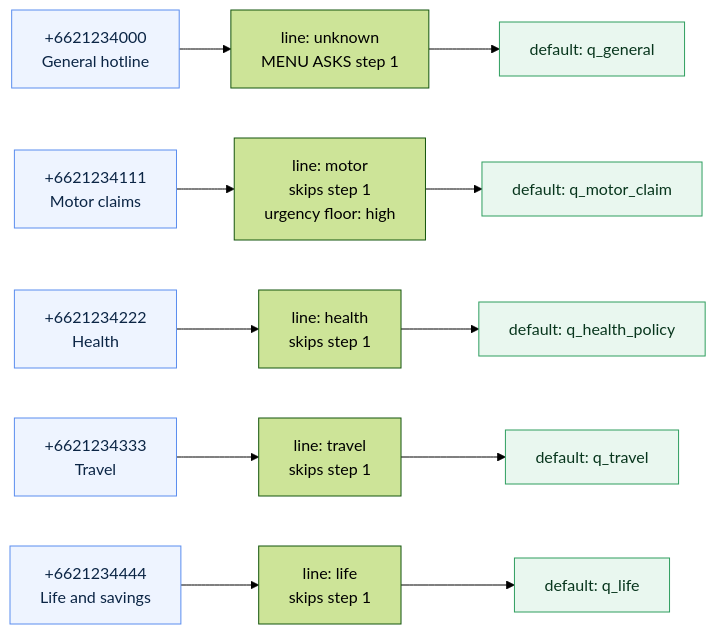
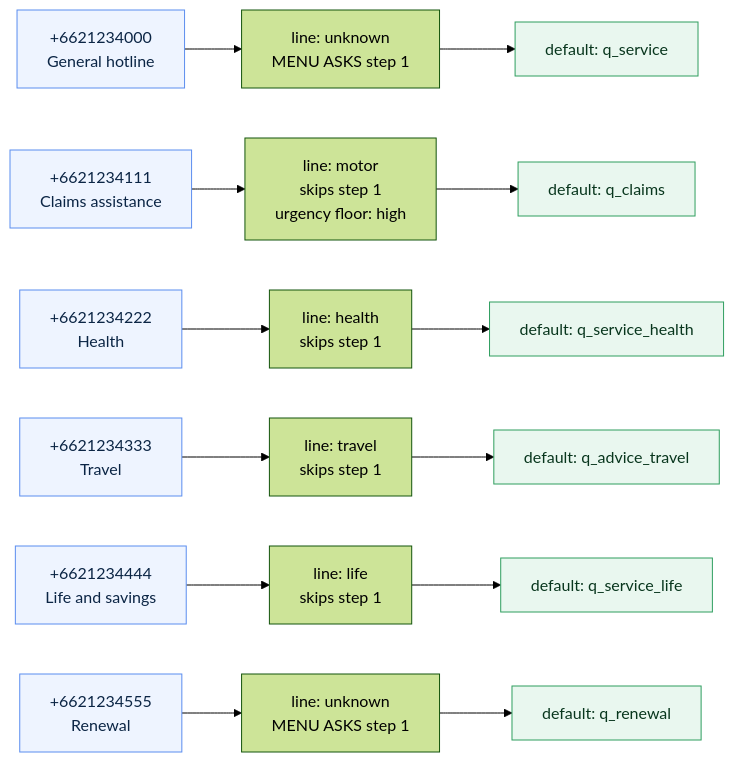
Before and after one commit to anakom-suvonvorn/Krungsri-ReadyCall: the diagram in docs/diagrams/src/dids.mmd, drawn with Mermaid (forest theme). The commit also changed 78 other files, not shown here.

```diff
--- a/docs/diagrams/src/dids.mmd
+++ b/docs/diagrams/src/dids.mmd
@@ -1,21 +1,24 @@
 %% GENERATED by scripts/gen_diagrams.py - do not edit by hand.
 %% Source of truth: config/dids.yaml
 flowchart LR
     d_p6621234000["+6621234000
 General hotline"]:::did --> r_d_p6621234000["line: unknown
-MENU ASKS step 1"] --> q_general["default: q_general"]:::queue
+MENU ASKS step 1"] --> q_service["default: q_service"]:::queue
     d_p6621234111["+6621234111
-Motor claims"]:::did --> r_d_p6621234111["line: motor
+Claims assistance"]:::did --> r_d_p6621234111["line: motor
 skips step 1
-urgency floor: high"] --> q_motor_claim["default: q_motor_claim"]:::queue
+urgency floor: high"] --> q_claims["default: q_claims"]:::queue
     d_p6621234222["+6621234222
 Health"]:::did --> r_d_p6621234222["line: health
-skips step 1"] --> q_health_policy["default: q_health_policy"]:::queue
+skips step 1"] --> q_service_health["default: q_service_health"]:::queue
     d_p6621234333["+6621234333
 Travel"]:::did --> r_d_p6621234333["line: travel
-skips step 1"] --> q_travel["default: q_travel"]:::queue
+skips step 1"] --> q_advice_travel["default: q_advice_travel"]:::queue
     d_p6621234444["+6621234444
 Life and savings"]:::did --> r_d_p6621234444["line: life
-skips step 1"] --> q_life["default: q_life"]:::queue
+skips step 1"] --> q_service_life["default: q_service_life"]:::queue
+    d_p6621234555["+6621234555
+Renewal"]:::did --> r_d_p6621234555["line: unknown
+MENU ASKS step 1"] --> q_renewal["default: q_renewal"]:::queue
     classDef did fill:#eef4ff,stroke:#5b8def,color:#0b2545
     classDef queue fill:#e9f7ef,stroke:#2f9e5f,color:#08361d
```
